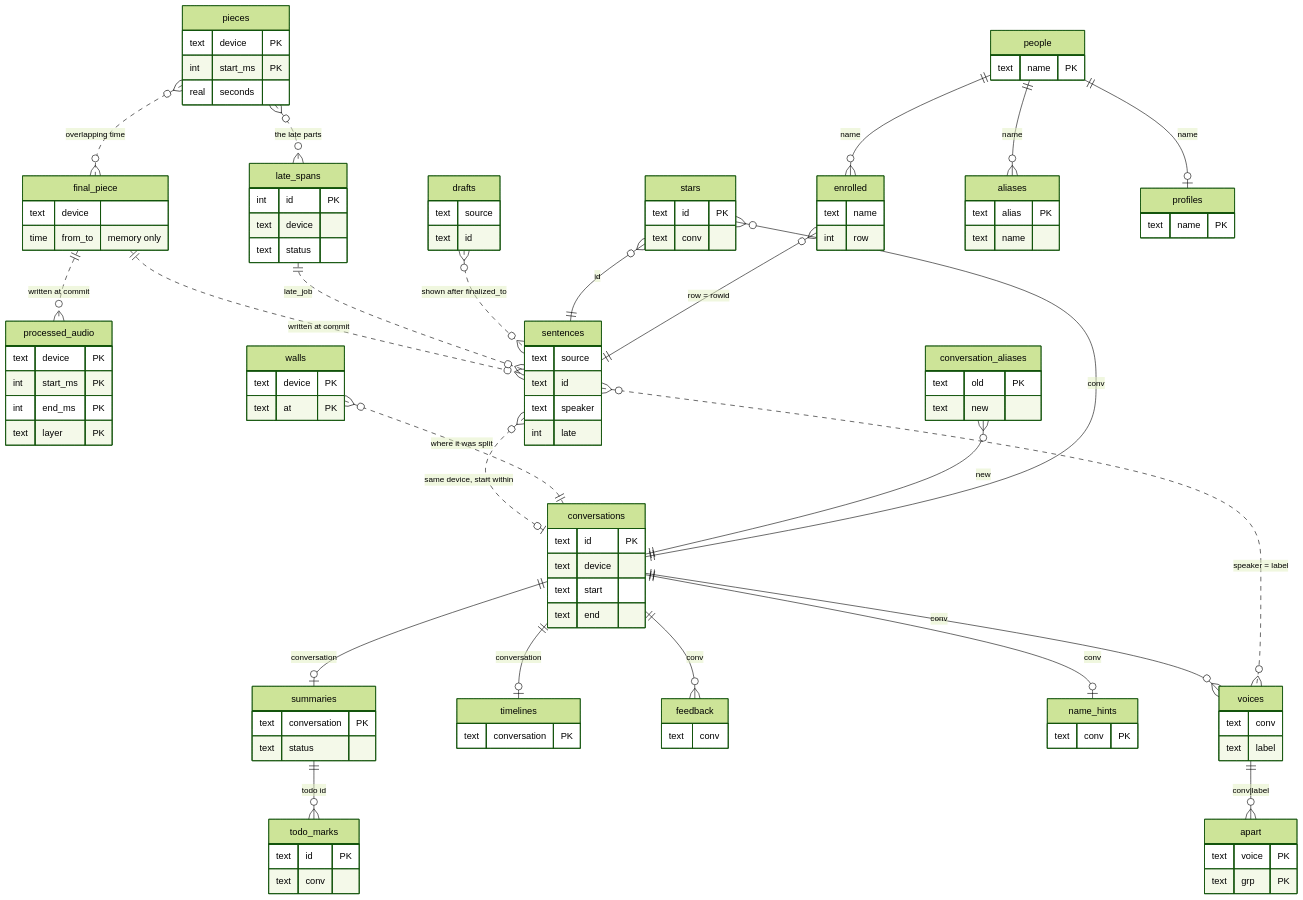
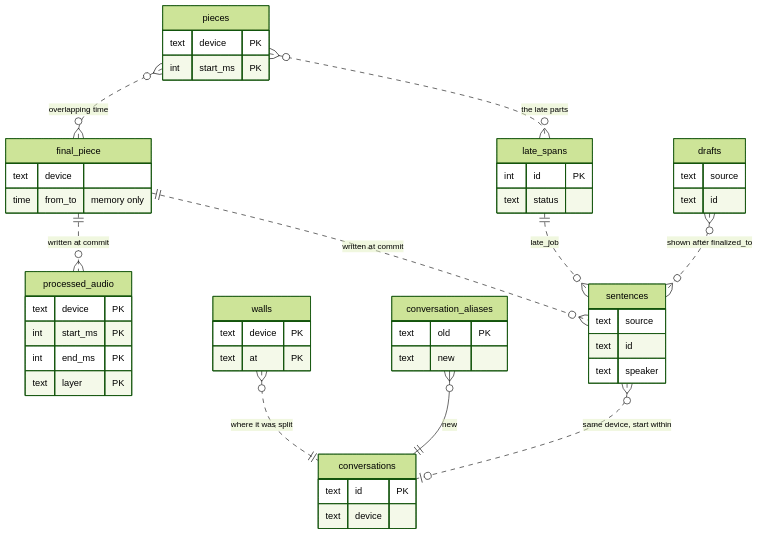
The first of 5 diagrams in docs/en/explanation/domain-model.md (suyiiyii/alldayrec), drawn with Mermaid (forest theme) before and after one commit. The commit also changed other lines of this file and 5 other files, not shown here.

Commit message:
[doc] Render mermaid diagrams on the docs site

````diff
--- a/docs/en/explanation/domain-model.md
+++ b/docs/en/explanation/domain-model.md
@@ -129,11 +131,31 @@
     pieces {
         text device PK
         int start_ms PK
-        real seconds
     }
     final_piece {
         text device
         time from_to "memory only"
+    }
+    late_spans {
+        int id PK
+        text status
+    }
+    drafts {
+        text source
+        text id
+    }
+    sentences {
+        text source
+        text id
+        text speaker
+    }
+    walls {
+        text device PK
+        text at PK
+    }
+    conversation_aliases {
+        text old PK
+        text new
     }
     processed_audio {
         text device PK
@@ -141,77 +163,9 @@
         int end_ms PK
         text layer PK
     }
-    late_spans {
-        int id PK
-        text device
-        text status
-    }
-    sentences {
-        text source
-        text id
-        text speaker
-        int late
-    }
-    drafts {
-        text source
-        text id
-    }
     conversations {
         text id PK
         text device
-        text start
-        text end
-    }
-    conversation_aliases {
-        text old PK
-        text new
-    }
-    walls {
-        text device PK
-        text at PK
-    }
-    summaries {
-        text conversation PK
-        text status
-    }
-    timelines {
-        text conversation PK
-    }
-    todo_marks {
-        text id PK
-        text conv
-    }
-    stars {
-        text id PK
-        text conv
-    }
-    feedback {
-        text conv
-    }
-    name_hints {
-        text conv PK
-    }
-    voices {
-        text conv
-        text label
-    }
-    apart {
-        text voice PK
-        text grp PK
-    }
-    people {
-        text name PK
-    }
-    enrolled {
-        text name
-        int row
-    }
-    aliases {
-        text alias PK
-        text name
-    }
-    profiles {
-        text name PK
     }
 
     pieces }o..o{ final_piece : "overlapping time"
@@ -219,22 +173,8 @@
     pieces }o..o{ late_spans : "the late parts"
     final_piece ||..o{ sentences : "written at commit"
     late_spans ||..o{ sentences : "late_job"
+    drafts }o..o{ sentences : "shown after finalized_to"
     sentences }o..o| conversations : "same device, start within"
-    drafts }o..o{ sentences : "shown after finalized_to"
     walls }o..|| conversations : "where it was split"
     conversation_aliases }o--|| conversations : "new"
-    conversations ||--o| summaries : "conversation"
-    conversations ||--o| timelines : "conversation"
-    conversations ||--o| name_hints : "conv"
-    conversations ||--o{ feedback : "conv"
-    summaries ||--o{ todo_marks : "todo id"
-    stars }o--|| sentences : "id"
-    stars }o--|| conversations : "conv"
-    conversations ||--o{ voices : "conv"
-    voices ||--o{ apart : "conv|label"
-    sentences }o..o{ voices : "speaker = label"
-    people ||--o{ enrolled : "name"
-    enrolled }o--|| sentences : "row = rowid"
-    people ||--o{ aliases : "name"
-    people ||--o| profiles : "name"
 ```
````
